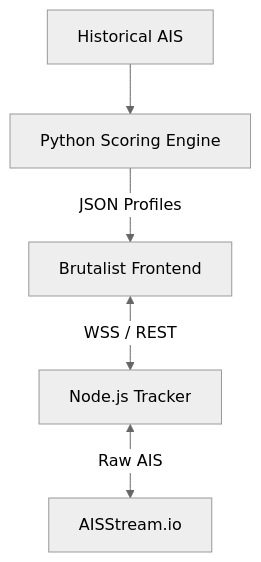
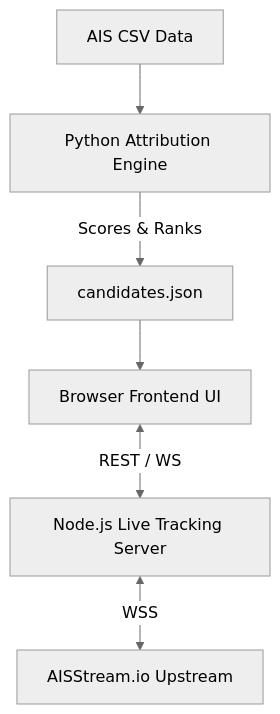
Before and after one commit to GhostPointerX/AquaTrace: the diagram in README.md, drawn with Mermaid (neutral theme). The commit also changed other lines of this file and 1 other file, not shown here.

````diff
--- a/README.md
+++ b/README.md
@@ -55,8 +42,9 @@
 ```mermaid
 graph TD
-    UI[Brutalist Frontend] <-->|WSS / REST| Node[Node.js Tracker]
-    Node <-->|Raw AIS| AISStream[AISStream.io]
+    Client[Browser Frontend UI] <-->|REST / WS| Node[Node.js Live Tracking Server]
+    Node <-->|WSS| AISStream[AISStream.io Upstream]
     
-    CSV[Historical AIS] --> Engine[Python Scoring Engine]
-    Engine -->|JSON Profiles| UI
+    CSV[AIS CSV Data] --> Engine[Python Attribution Engine]
+    Engine -->|Scores & Ranks| JSON[candidates.json]
+    JSON --> Client
 ```
````
